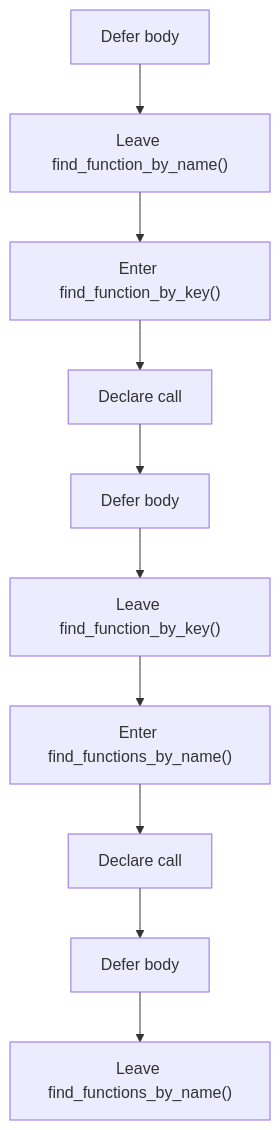
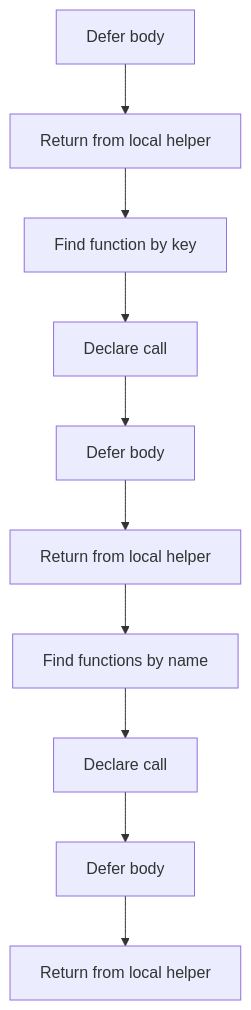
The fifth of 6 diagrams in docs/Codebase/Microservice/Modules/Header/SyntacticBrokenAST/Analysis/ImplementationUse/Binding/Symbols/Flow/parse_tree_symbols_program_flow.hpp.md (JohnAndrewBalbarosa/NeoTerritory), drawn with Mermaid before and after one commit. The commit also changed other lines of this file and 925 other files, not shown here.

````diff
--- a/docs/Codebase/Microservice/Modules/Header/SyntacticBrokenAST/Analysis/ImplementationUse/Binding/Symbols/Flow/parse_tree_symbols_program_flow.hpp.md
+++ b/docs/Codebase/Microservice/Modules/Header/SyntacticBrokenAST/Analysis/ImplementationUse/Binding/Symbols/Flow/parse_tree_symbols_program_flow.hpp.md
@@ -119,22 +119,22 @@
 ```mermaid
 flowchart TD
     N0["Defer body"]
-    N1["Leave find_function_by_name()"]
-    N2["Enter find_function_by_key()"]
+    N1["Return from local helper"]
+    N2["Find function by key"]
     N3["Declare call"]
     N4["Defer body"]
-    N5["Leave find_function_by_key()"]
-    N6["Enter find_functions_by_name()"]
+    N5["Return from local helper"]
+    N6["Find functions by name"]
     N7["Declare call"]
     N8["Defer body"]
-    N9["Leave find_functions_by_name()"]
+    N9["Return from local helper"]
     N0 --> N1
     N1 --> N2
     N2 --> N3
     N3 --> N4
     N4 --> N5
     N5 --> N6
     N6 --> N7
     N7 --> N8
     N8 --> N9
 ```
````
